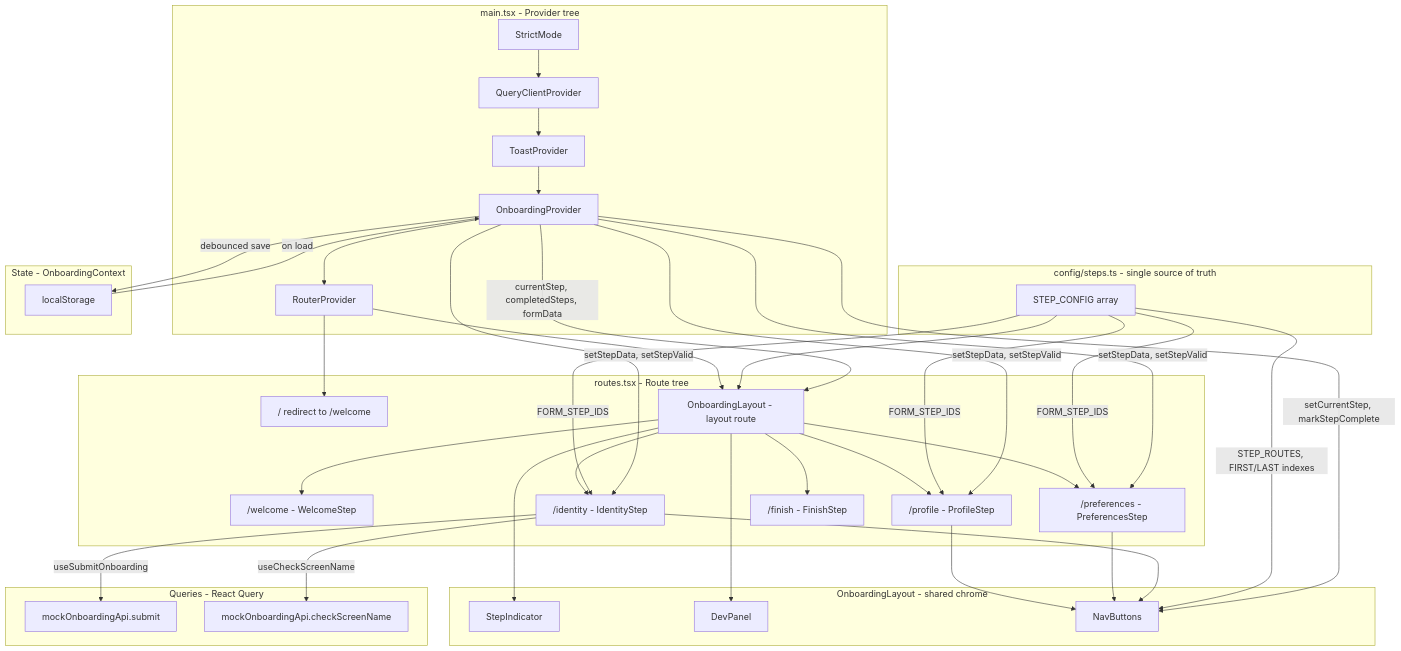
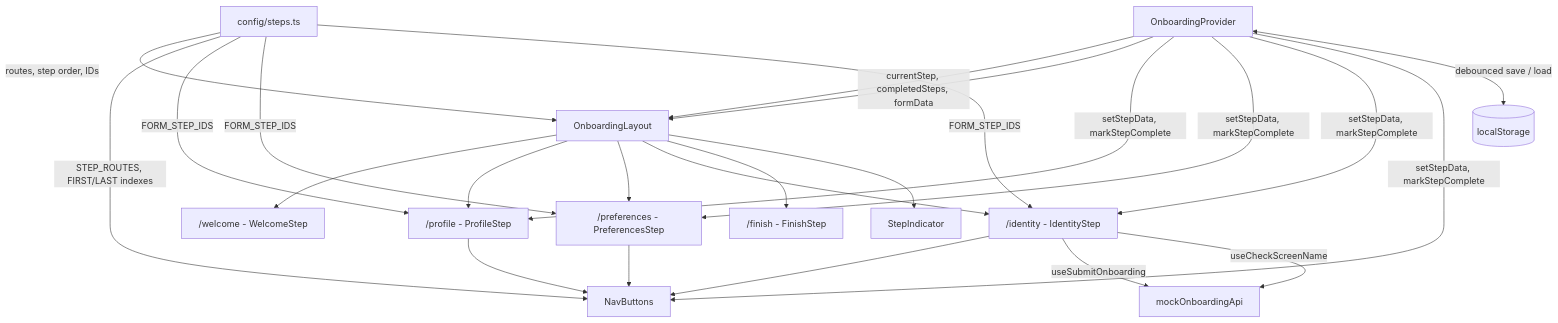
One commit to Firecoded/nbt-stepper changed the diagram in README.md. Above: the diagram before and after it, drawn with Mermaid.

Commit message:
docs: simplify architecture diagram

````diff
--- a/README.md
+++ b/README.md
@@ -90,46 +90,25 @@
 ```mermaid
 flowchart TD
-    subgraph "main.tsx - Provider tree"
-        A[StrictMode] --> B[QueryClientProvider]
-        B --> C[ToastProvider]
-        C --> D[OnboardingProvider]
-        D --> E[RouterProvider]
-    end
+    A[OnboardingProvider] --> B[OnboardingLayout]
+    B --> C["/welcome - WelcomeStep"]
+    B --> D["/profile - ProfileStep"]
+    B --> E["/preferences - PreferencesStep"]
+    B --> F["/identity - IdentityStep"]
+    B --> G["/finish - FinishStep"]
 
-    subgraph "routes.tsx - Route tree"
-        E --> F["/ redirect to /welcome"]
-        E --> G[OnboardingLayout - layout route]
-        G --> H["/welcome - WelcomeStep"]
-        G --> I["/profile - ProfileStep"]
-        G --> J["/preferences - PreferencesStep"]
-        G --> K["/identity - IdentityStep"]
-        G --> L["/finish - FinishStep"]
-    end
+    B --> H[StepIndicator]
+    D --> I[NavButtons]
+    E --> I
+    F --> I
 
-    subgraph "OnboardingLayout - shared chrome"
-        G --> M[StepIndicator]
-        G --> N[DevPanel]
-        I --> O[NavButtons]
-        J --> O
-        K --> O
-    end
+    J["config/steps.ts"] -->|"routes, step order, IDs"| B
+    J -->|"STEP_ROUTES, FIRST/LAST indexes"| I
+    J -->|FORM_STEP_IDS| D & E & F
 
-    subgraph "config/steps.ts - single source of truth"
-        P["STEP_CONFIG array"] --> G
-        P -->|"STEP_ROUTES, FIRST/LAST indexes"| O
-        P -->|"FORM_STEP_IDS"| I & J & K
-    end
+    A -->|"currentStep, completedSteps, formData"| B
+    A -->|"setStepData, markStepComplete"| D & E & F & I
+    A <-->|"debounced save / load"| K[(localStorage)]
 
-    subgraph "State - OnboardingContext"
-        D -->|"currentStep, completedSteps, formData"| G
-        D -->|"setCurrentStep, markStepComplete"| O
-        D -->|"setStepData, setStepValid"| I & J & K
-        D -->|"debounced save"| Q[localStorage]
-        Q -->|on load| D
-    end
-
-    subgraph "Queries - React Query"
-        K -->|useSubmitOnboarding| R[mockOnboardingApi.submit]
-        K -->|useCheckScreenName| S[mockOnboardingApi.checkScreenName]
-    end
+    F -->|useSubmitOnboarding| L[mockOnboardingApi]
+    F -->|useCheckScreenName| L
 ```
````
